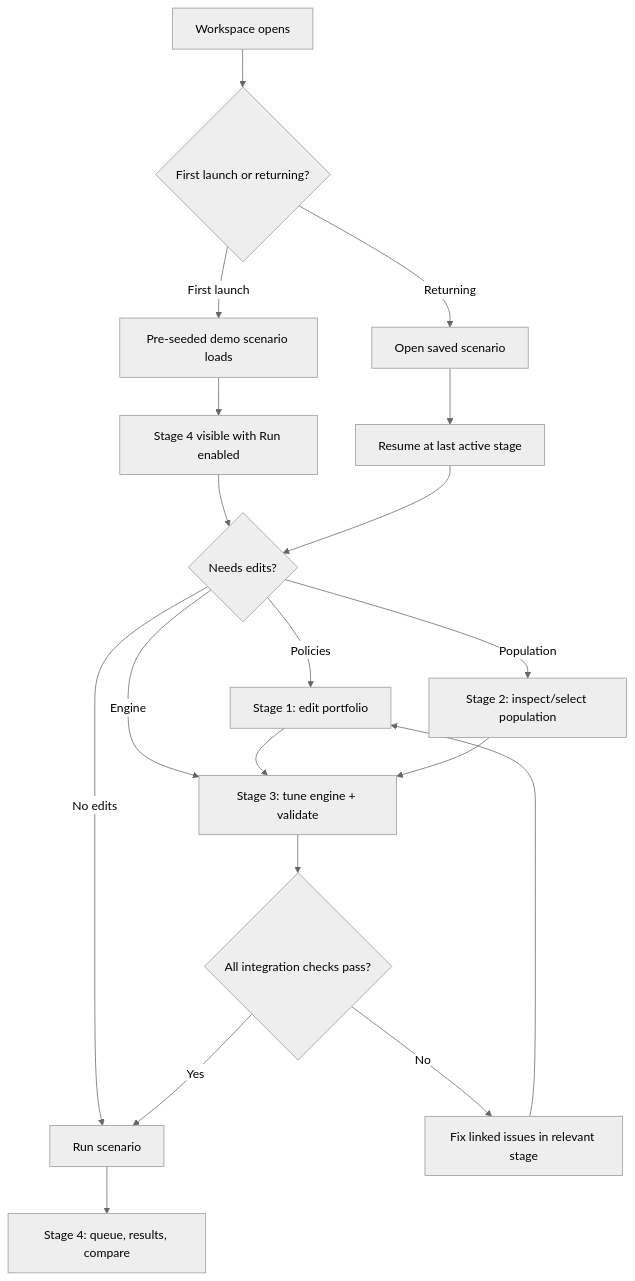
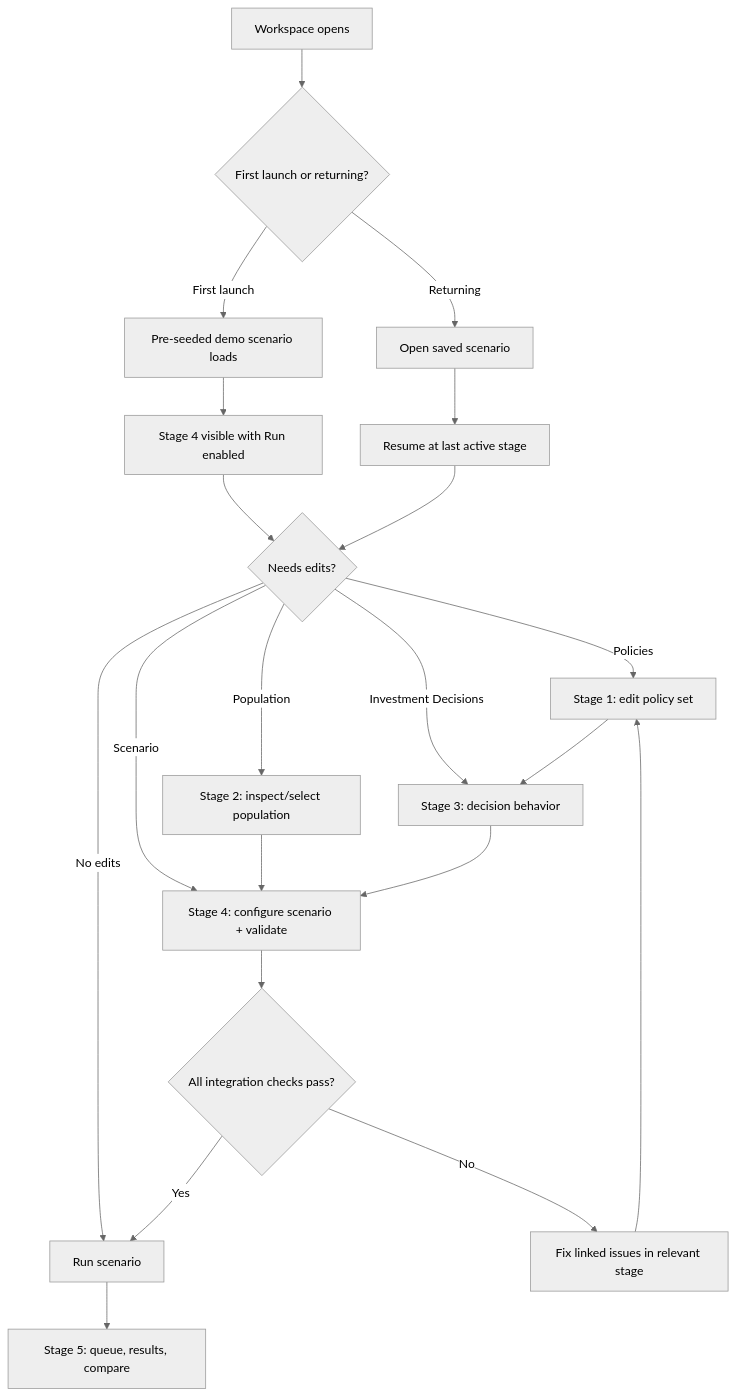
Before and after one commit to reformlab/ReformLab: the eighth of 8 diagrams in _bmad-output/planning-artifacts/ux-design-specification.md, drawn with Mermaid (neutral theme). The commit also changed other lines of this file, not shown here.

First line of the commit message:
docs(ux): revision 4.1 — Stage 1 Policies redesign and five-stage workspace

````diff
--- a/_bmad-output/planning-artifacts/ux-design-specification.md
+++ b/_bmad-output/planning-artifacts/ux-design-specification.md
@@ -1787,21 +1993,23 @@
 ```mermaid
 flowchart TD
     A[Workspace opens] --> B{First launch or returning?}
     B -->|First launch| C[Pre-seeded demo scenario loads]
     B -->|Returning| D[Open saved scenario]
     C --> E[Stage 4 visible with Run enabled]
     D --> F[Resume at last active stage]
     E --> G{Needs edits?}
     F --> G
-    G -->|Policies| H[Stage 1: edit portfolio]
+    G -->|Policies| H[Stage 1: edit policy set]
     G -->|Population| I[Stage 2: inspect/select population]
-    G -->|Engine| J[Stage 3: tune engine + validate]
-    G -->|No edits| K[Run scenario]
+    G -->|Investment Decisions| J[Stage 3: decision behavior]
+    G -->|Scenario| K[Stage 4: configure scenario + validate]
+    G -->|No edits| L[Run scenario]
     H --> J
-    I --> J
-    J --> L{All integration checks pass?}
-    L -->|Yes| K
-    L -->|No| M[Fix linked issues in relevant stage]
-    M --> H
-    K --> N[Stage 4: queue, results, compare]
+    I --> K
+    J --> K
+    K --> M{All integration checks pass?}
+    M -->|Yes| L
+    M -->|No| N[Fix linked issues in relevant stage]
+    N --> H
+    L --> O[Stage 5: queue, results, compare]
 ```
````
